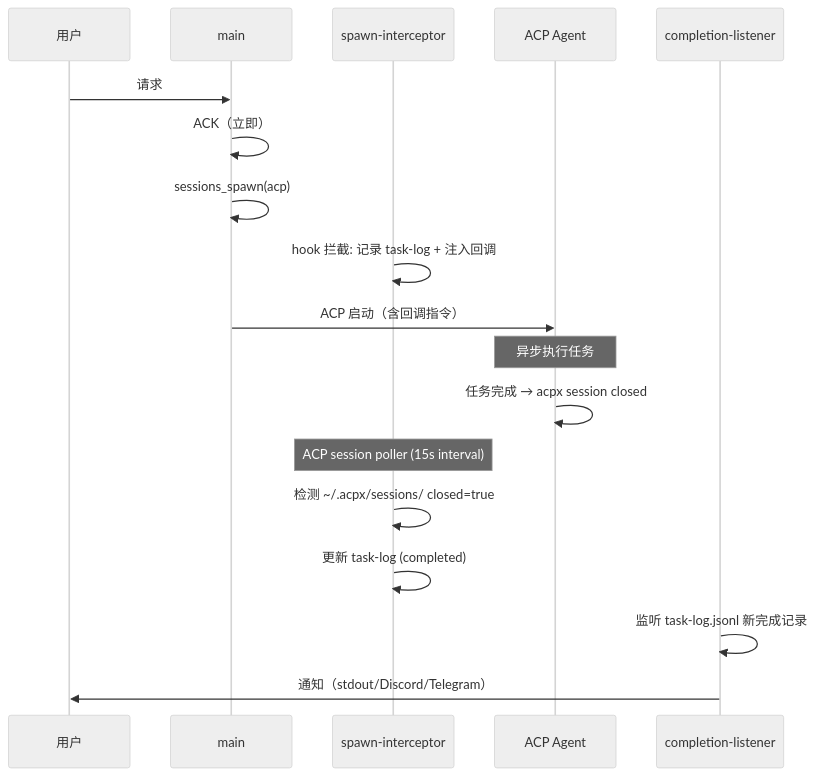
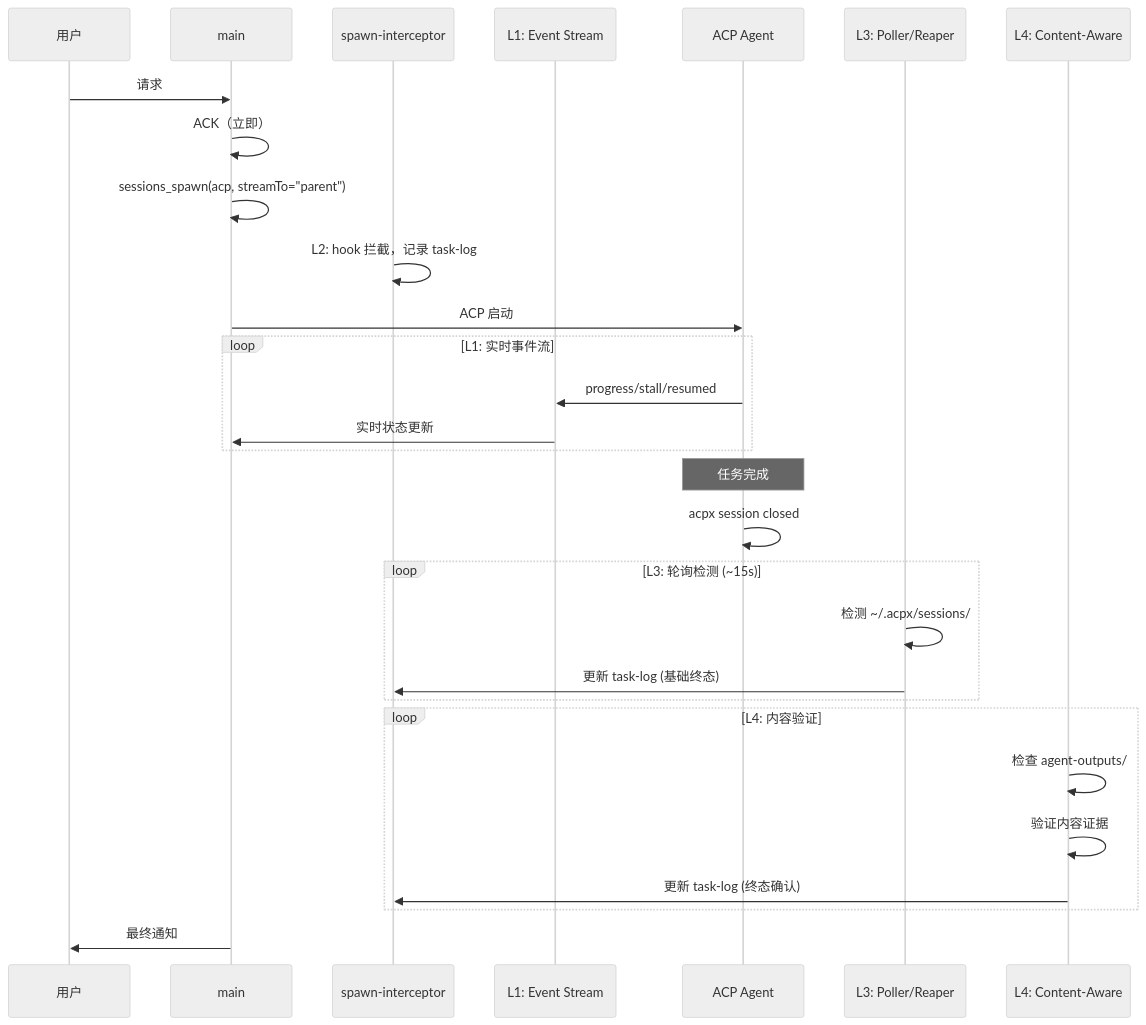
One commit to lanyasheng/openclaw-multiagent-framework changed the second of 5 diagrams in ARCHITECTURE.md. Above: the diagram before and after it, drawn with Mermaid (neutral theme). The commit also changed other lines of this file and 7 other files, not shown here.

Commit message:
feat: add content-aware-completer and four-layer pipeline docs

````diff
--- a/ARCHITECTURE.md
+++ b/ARCHITECTURE.md
@@ -86,21 +186,37 @@
 ```mermaid
 sequenceDiagram
     participant U as 用户
     participant M as main
     participant P as spawn-interceptor
+    participant L1 as L1: Event Stream
     participant ACP as ACP Agent
-    participant L as completion-listener
-    
+    participant L3 as L3: Poller/Reaper
+    participant L4 as L4: Content-Aware
+
     U->>M: 请求
     M->>M: ACK（立即）
-    M->>M: sessions_spawn(acp)
-    P->>P: hook 拦截: 记录 task-log + 注入回调
-    M->>ACP: ACP 启动（含回调指令）
-    note over ACP: 异步执行任务
-    ACP->>ACP: 任务完成 → acpx session closed
-    note over P: ACP session poller (15s interval)
-    P->>P: 检测 ~/.acpx/sessions/ closed=true
-    P->>P: 更新 task-log (completed)
-    L->>L: 监听 task-log.jsonl 新完成记录
-    L->>U: 通知（stdout/Discord/Telegram）
+    M->>M: sessions_spawn(acp, streamTo="parent")
+    P->>P: L2: hook 拦截，记录 task-log
+    M->>ACP: ACP 启动
+
+    loop L1: 实时事件流
+        ACP->>L1: progress/stall/resumed
+        L1->>M: 实时状态更新
+    end
+
+    note over ACP: 任务完成
+    ACP->>ACP: acpx session closed
+
+    loop L3: 轮询检测 (~15s)
+        L3->>L3: 检测 ~/.acpx/sessions/
+        L3->>P: 更新 task-log (基础终态)
+    end
+
+    loop L4: 内容验证
+        L4->>L4: 检查 agent-outputs/
+        L4->>L4: 验证内容证据
+        L4->>P: 更新 task-log (终态确认)
+    end
+
+    M->>U: 最终通知
 ```
````
